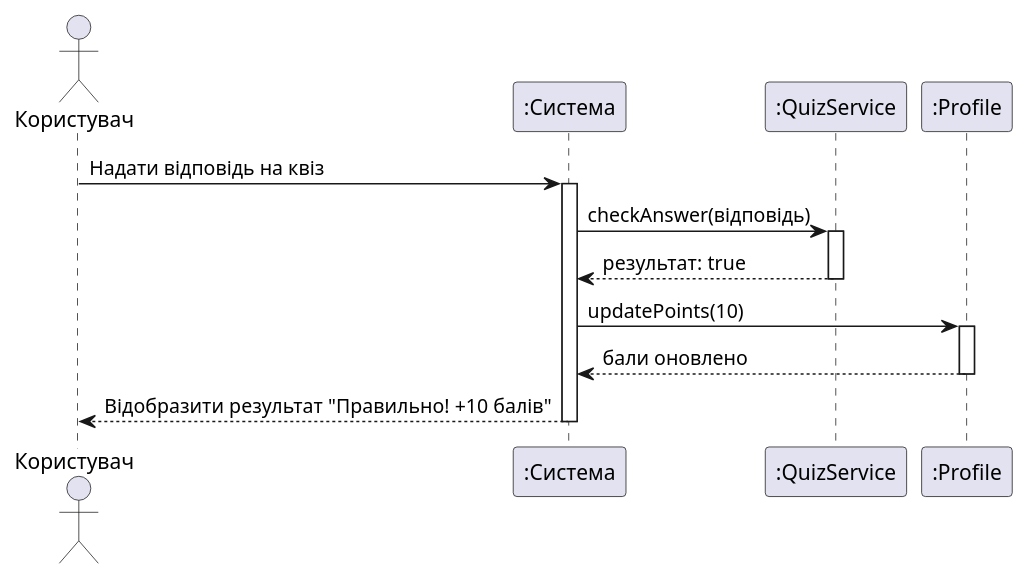
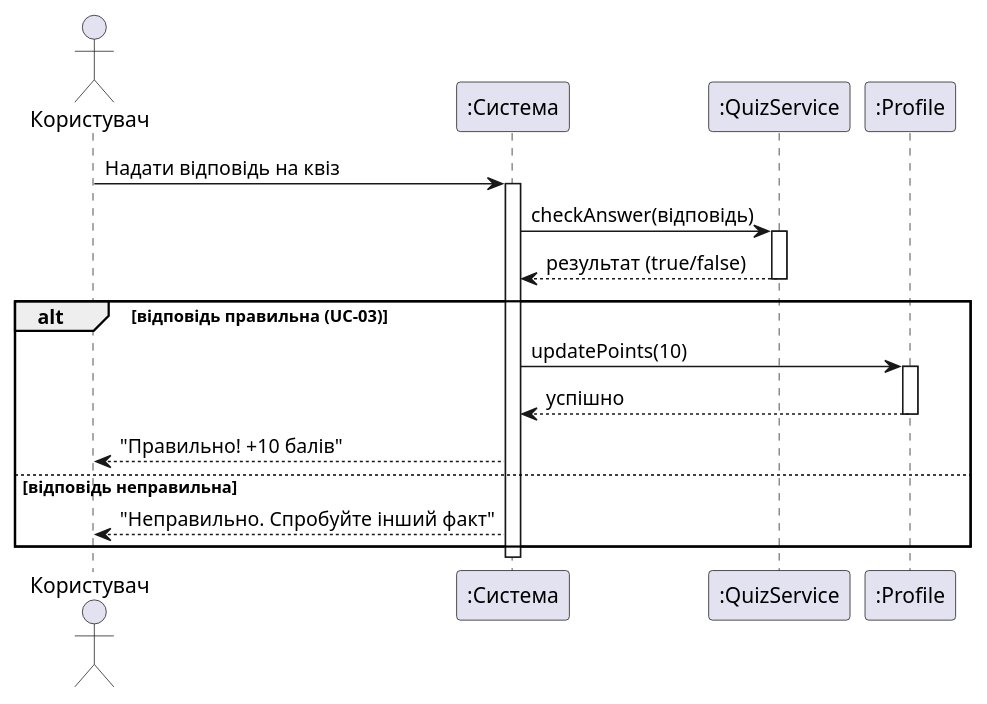
Before and after one commit to denisdilog/lab2OPI.Konyshev: the diagram in sequence.puml, drawn with PlantUML.

Commit message:
Add conditional logic (alt/else) for incorrect answers in sequence diagram

```diff
--- a/sequence.puml
+++ b/sequence.puml
@@ -1,21 +1,26 @@
 @startuml
 actor "Користувач" as User
 participant ":Система" as Sys
 participant ":QuizService" as Quiz
 participant ":Profile" as Prof
 
 User -> Sys : Надати відповідь на квіз
 activate Sys
+
 Sys -> Quiz : checkAnswer(відповідь)
 activate Quiz
-Quiz --> Sys : результат: true
+Quiz --> Sys : результат (true/false)
 deactivate Quiz
 
-Sys -> Prof : updatePoints(10)
-activate Prof
-Prof --> Sys : бали оновлено
-deactivate Prof
+alt відповідь правильна (UC-03)
+    Sys -> Prof : updatePoints(10)
+    activate Prof
+    Prof --> Sys : успішно
+    deactivate Prof
+    Sys --> User : "Правильно! +10 балів"
+else відповідь неправильна
+    Sys --> User : "Неправильно. Спробуйте інший факт"
+end
 
-Sys --> User : Відобразити результат "Правильно! +10 балів"
 deactivate Sys
 @enduml
```
